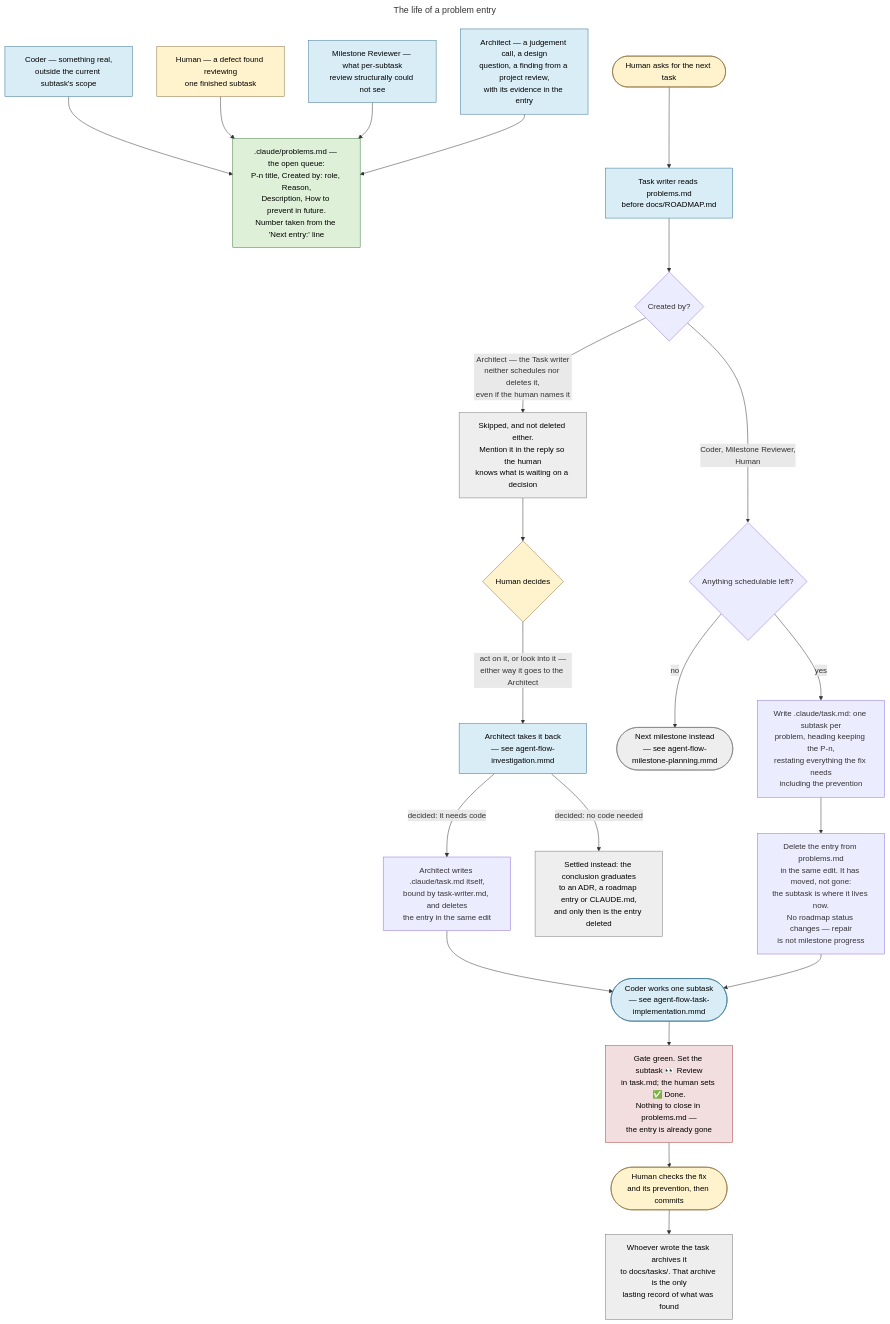
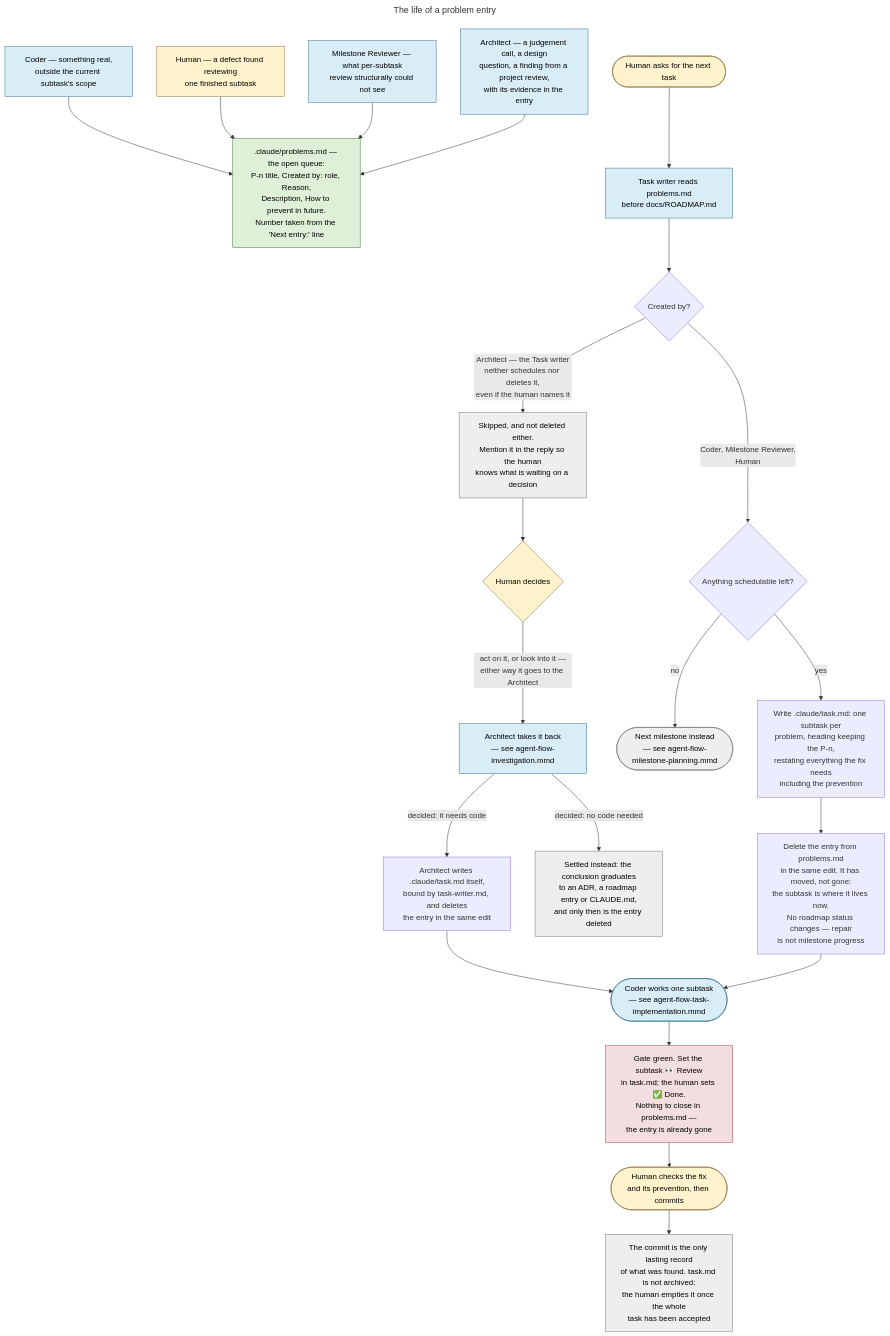
Before and after one commit to Dmitriy-G/simple_rdbms: the diagram in docs/diagrams/agent-flow-problem-lifecycle.mmd, drawn with Mermaid. The commit also changed 6 other files, not shown here.

Commit message:
Change agents flow

```diff
--- a/docs/diagrams/agent-flow-problem-lifecycle.mmd
+++ b/docs/diagrams/agent-flow-problem-lifecycle.mmd
@@ -1,51 +1,51 @@
 ---
 title: The life of a problem entry
 ---
 flowchart TD
     classDef human fill:#fff3cd,stroke:#8a6d3b,color:#000
     classDef role fill:#d9edf7,stroke:#31708f,color:#000
     classDef channel fill:#dff0d8,stroke:#3c763d,color:#000
     classDef gate fill:#f2dede,stroke:#a94442,color:#000
     classDef stop fill:#eeeeee,stroke:#777,color:#000
 
     SRC1["Coder — something real,<br/>outside the current subtask's scope"]:::role
     SRC2["Human — a defect found reviewing<br/>one finished subtask"]:::human
     SRC3["Milestone Reviewer — what per-subtask<br/>review structurally could not see"]:::role
     SRC4["Architect — a judgement call, a design<br/>question, a finding from a project review,<br/>with its evidence in the entry"]:::role
 
     PROB[".claude/problems.md — the open queue:<br/>P-n title, Created by: role, Reason,<br/>Description, How to prevent in future.<br/>Number taken from the 'Next entry:' line"]:::channel
 
     NEXT(["Human asks for the next task"]):::human
     TW["Task writer reads problems.md<br/>before docs/ROADMAP.md"]:::role
     WHO{"Created by?"}
 
     SKIP["Skipped, and not deleted either.<br/>Mention it in the reply so the human<br/>knows what is waiting on a decision"]:::stop
     HUMANCALL{"Human decides"}:::human
     ARCHINV["Architect takes it back<br/>— see agent-flow-investigation.mmd"]:::role
     ARCHTASK["Architect writes .claude/task.md itself,<br/>bound by task-writer.md, and deletes<br/>the entry in the same edit"]
     DELINV["Settled instead: the conclusion graduates<br/>to an ADR, a roadmap entry or CLAUDE.md,<br/>and only then is the entry deleted"]:::stop
 
     ANYOPEN{"Anything schedulable left?"}
     MILESTONE(["Next milestone instead<br/>— see agent-flow-milestone-planning.mmd"]):::stop
 
     TASK["Write .claude/task.md: one subtask per<br/>problem, heading keeping the P-n,<br/>restating everything the fix needs<br/>including the prevention"]
     CONSUME["Delete the entry from problems.md<br/>in the same edit. It has moved, not gone:<br/>the subtask is where it lives now.<br/>No roadmap status changes — repair<br/>is not milestone progress"]
 
     CODER(["Coder works one subtask<br/>— see agent-flow-task-implementation.mmd"]):::role
     GATE["Gate green. Set the subtask 👀 Review<br/>in task.md; the human sets ✅ Done.<br/>Nothing to close in problems.md —<br/>the entry is already gone"]:::gate
     CR(["Human checks the fix<br/>and its prevention, then commits"]):::human
-    ARCHIVE["Whoever wrote the task archives it<br/>to docs/tasks/. That archive is the only<br/>lasting record of what was found"]:::stop
+    RECORD["The commit is the only lasting record<br/>of what was found. task.md is not archived:<br/>the human empties it once the whole<br/>task has been accepted"]:::stop
 
     SRC1 --> PROB
     SRC2 --> PROB
     SRC3 --> PROB
     SRC4 --> PROB
 
     NEXT --> TW --> WHO
     WHO -- "Architect — the Task writer<br/>neither schedules nor deletes it,<br/>even if the human names it" --> SKIP --> HUMANCALL
     HUMANCALL -- "act on it, or look into it —<br/>either way it goes to the Architect" --> ARCHINV
     ARCHINV -- "decided: it needs code" --> ARCHTASK --> CODER
     ARCHINV -- "decided: no code needed" --> DELINV
     WHO -- "Coder, Milestone Reviewer,<br/>Human" --> ANYOPEN
     ANYOPEN -- no --> MILESTONE
-    ANYOPEN -- yes --> TASK --> CONSUME --> CODER --> GATE --> CR --> ARCHIVE
+    ANYOPEN -- yes --> TASK --> CONSUME --> CODER --> GATE --> CR --> RECORD
```
